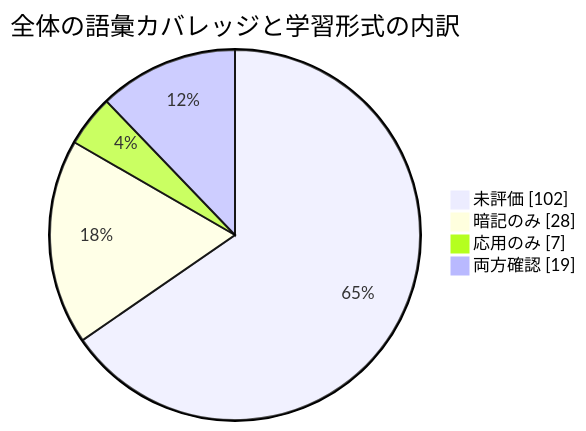
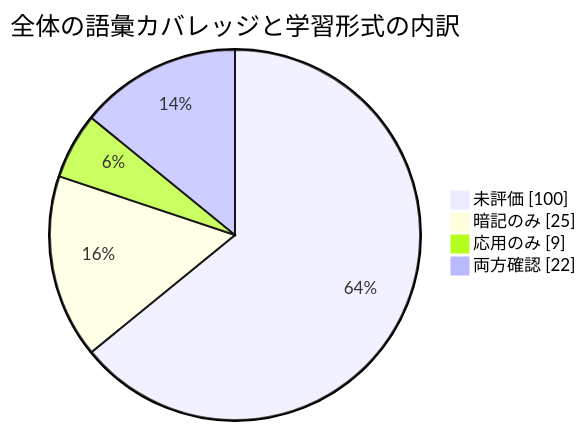
The diagram in 進捗/モチベ.md (ryusuke2003/security-specialist-study), drawn with Mermaid before and after one commit. The commit also changed other lines of this file and 6 other files, not shown here.

````diff
--- a/進捗/モチベ.md
+++ b/進捗/モチベ.md
@@ -5,8 +5,8 @@
 ```mermaid
 pie showData
     title 全体の語彙カバレッジと学習形式の内訳
-    "未評価" : 102
-    "暗記のみ" : 28
-    "応用のみ" : 7
-    "両方確認" : 19
+    "未評価" : 100
+    "暗記のみ" : 25
+    "応用のみ" : 9
+    "両方確認" : 22
 ```
````
